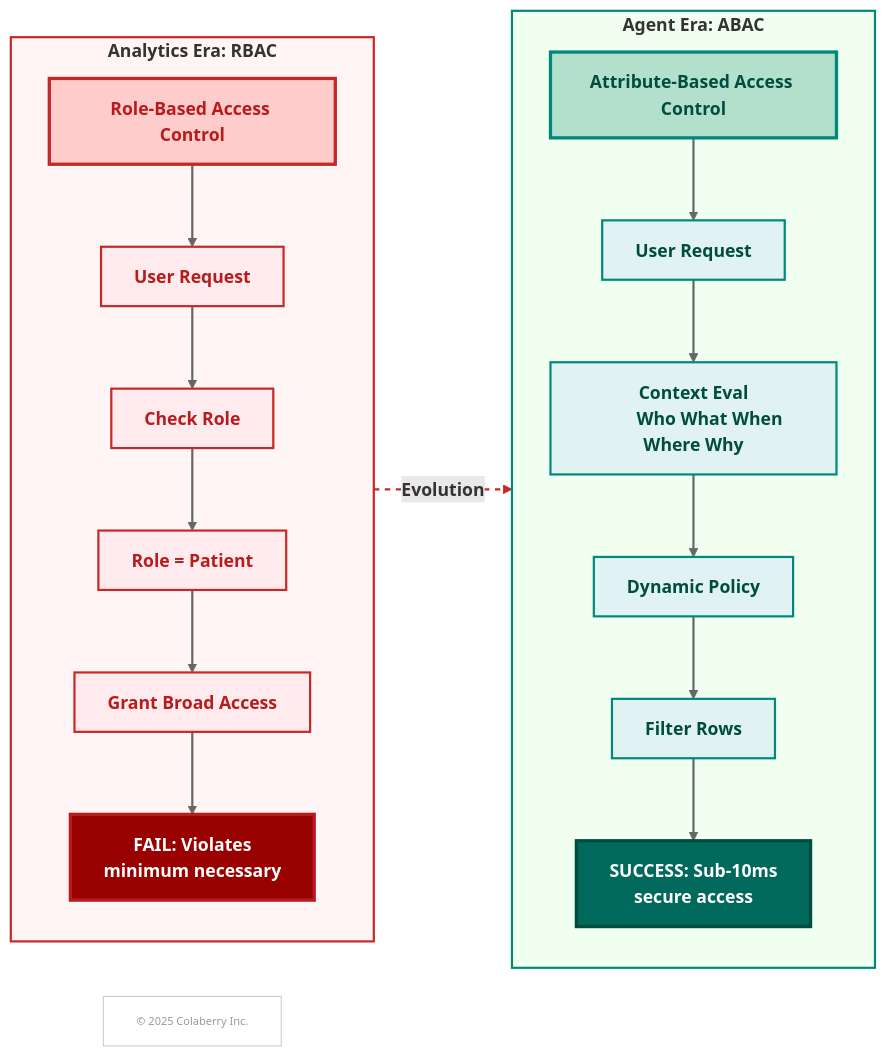
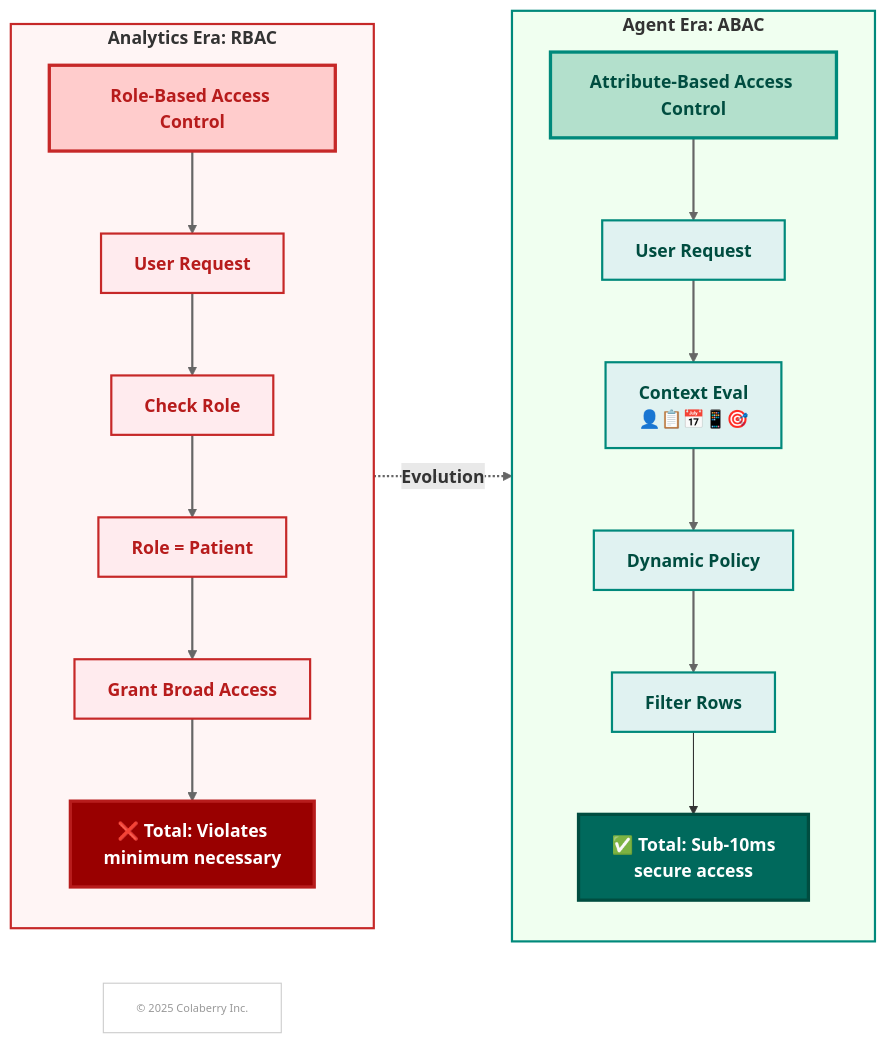
Before and after one commit to colaberry/enterprise-data-readiness-ai-agents: the third of 11 diagrams in chapter-02/chapter_2_complete.md, drawn with Mermaid. The commit also changed other lines of this file, not shown here.

````diff
--- a/chapter-02/chapter_2_complete.md
+++ b/chapter-02/chapter_2_complete.md
@@ -270,62 +275,68 @@
 ```mermaid
 graph LR
     subgraph OLD["<b>Analytics Era: RBAC</b>"]
         TITLE1["<b>Role-Based Access Control</b>"]
         R1["<b>User Request</b>"]
         R2["<b>Check Role</b>"]
         R3["<b>Role = Patient</b>"]
         R4["<b>Grant Broad Access</b>"]
-        R5["<b>FAIL: Violates
+        R5["<b>❌ Total: Violates
         minimum necessary</b>"]
+        
         TITLE1 --> R1
         R1 --> R2
         R2 --> R3
         R3 --> R4
         R4 --> R5
     end
+    
     OLD -.->|<b>Evolution</b>| NEW
+    
     subgraph NEW["<b>Agent Era: ABAC</b>"]
         TITLE2["<b>Attribute-Based Access Control</b>"]
         A1["<b>User Request</b>"]
         A2["<b>Context Eval
-        Who What When Where Why</b>"]
+        👤📋📅📱🎯</b>"]
         A3["<b>Dynamic Policy</b>"]
         A4["<b>Filter Rows</b>"]
-        A5["<b>SUCCESS: Sub-10ms
+        A5["<b>✅ Total: Sub-10ms
         secure access</b>"]
+        
         TITLE2 --> A1
         A1 --> A2
         A2 --> A3
         A3 --> A4
         A4 --> A5
     end
-    COPYRIGHT["© 2025 Colaberry Inc."]
-
+    
     style TITLE1 fill:#ffcccc,stroke:#c62828,stroke-width:3px,color:#b71c1c,font-weight:bold
     style R1 fill:#ffebee,stroke:#c62828,stroke-width:2px,color:#b71c1c
     style R2 fill:#ffebee,stroke:#c62828,stroke-width:2px,color:#b71c1c
     style R3 fill:#ffebee,stroke:#c62828,stroke-width:2px,color:#b71c1c
     style R4 fill:#ffebee,stroke:#c62828,stroke-width:2px,color:#b71c1c
     style R5 fill:#990000,color:#ffffff,stroke:#b71c1c,stroke-width:3px
+    
     style TITLE2 fill:#b3e0cc,stroke:#00897b,stroke-width:3px,color:#004d40,font-weight:bold
     style A1 fill:#e0f2f1,stroke:#00897b,stroke-width:2px,color:#004d40
     style A2 fill:#e0f2f1,stroke:#00897b,stroke-width:2px,color:#004d40
     style A3 fill:#e0f2f1,stroke:#00897b,stroke-width:2px,color:#004d40
     style A4 fill:#e0f2f1,stroke:#00897b,stroke-width:2px,color:#004d40
     style A5 fill:#00695c,color:#ffffff,stroke:#004d40,stroke-width:3px
+    
     style OLD fill:#fff5f5,stroke:#c62828,stroke-width:2px
     style NEW fill:#f0fff0,stroke:#00897b,stroke-width:2px
+    
+    COPYRIGHT["© 2025 Colaberry Inc."]
     style COPYRIGHT fill:#ffffff,stroke:#cccccc,stroke-width:1px,color:#999999,font-size:10px
 
     linkStyle 0 stroke:#666666,stroke-width:2px
     linkStyle 1 stroke:#666666,stroke-width:2px
     linkStyle 2 stroke:#666666,stroke-width:2px
     linkStyle 3 stroke:#666666,stroke-width:2px
     linkStyle 4 stroke:#666666,stroke-width:2px
-    linkStyle 5 stroke:#c62828,stroke-width:2px,stroke-dasharray:5
+    linkStyle 5 stroke:#666666,stroke-width:2px
     linkStyle 6 stroke:#666666,stroke-width:2px
     linkStyle 7 stroke:#666666,stroke-width:2px
     linkStyle 8 stroke:#666666,stroke-width:2px
     linkStyle 9 stroke:#666666,stroke-width:2px
-    linkStyle 10 stroke:#666666,stroke-width:2px
 ```
````
